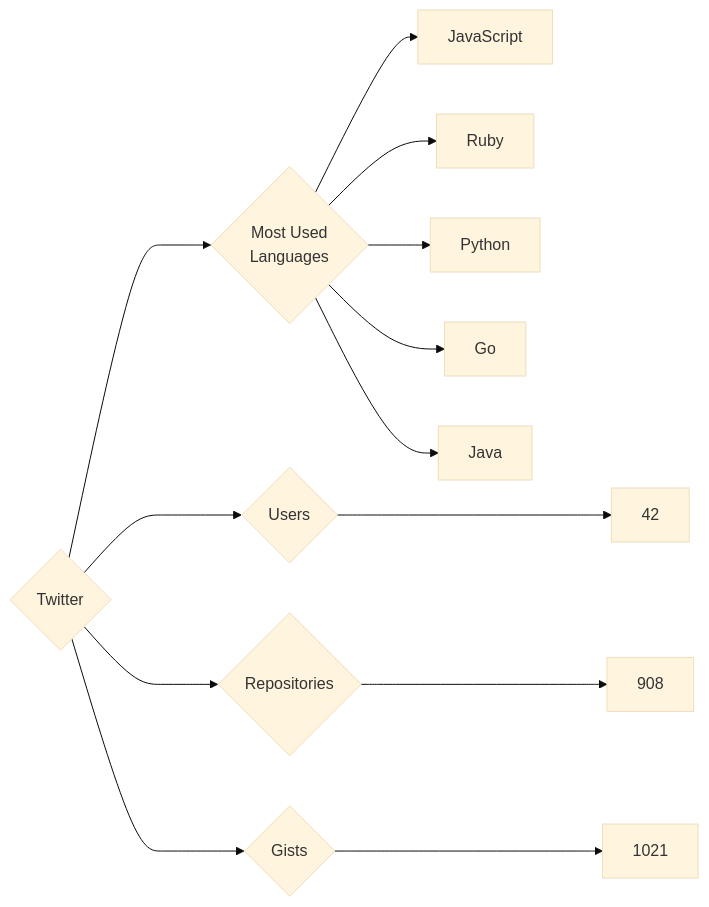
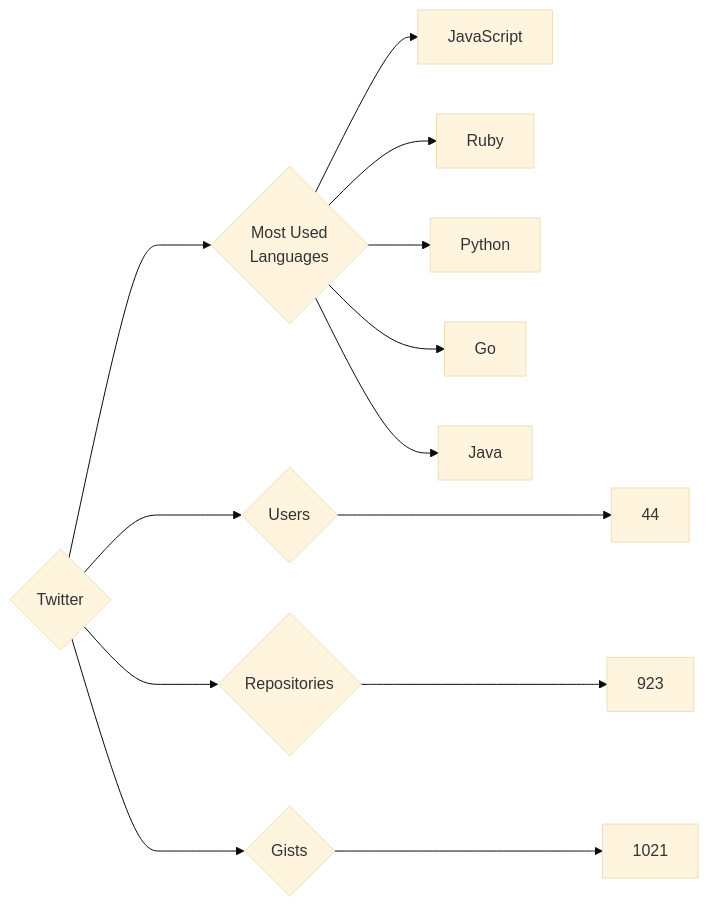
The diagram in targets/Twitter/README.md (trickest/insiders), drawn with Mermaid (base theme) before and after one commit. The commit also changed 965 other files, not shown here.

````diff
--- a/targets/Twitter/README.md
+++ b/targets/Twitter/README.md
@@ -3,13 +3,13 @@
 ```mermaid
 graph LR
 COMPANY_NAME{Twitter}
-COMPANY_NAME ---> U{Users} ---> UN[42]
-COMPANY_NAME ---> R{Repositories} ---> RN[908]
+COMPANY_NAME ---> U{Users} ---> UN[44]
+COMPANY_NAME ---> R{Repositories} ---> RN[923]
 COMPANY_NAME ---> G{Gists} ---> GN[1021]
 COMPANY_NAME ---> ML{Most Used<br>Languages}
 ML --> JavaScript[JavaScript]
 ML --> Ruby[Ruby]
 ML --> Python[Python]
 ML --> Go[Go]
 ML --> Java[Java]
 ```
````
